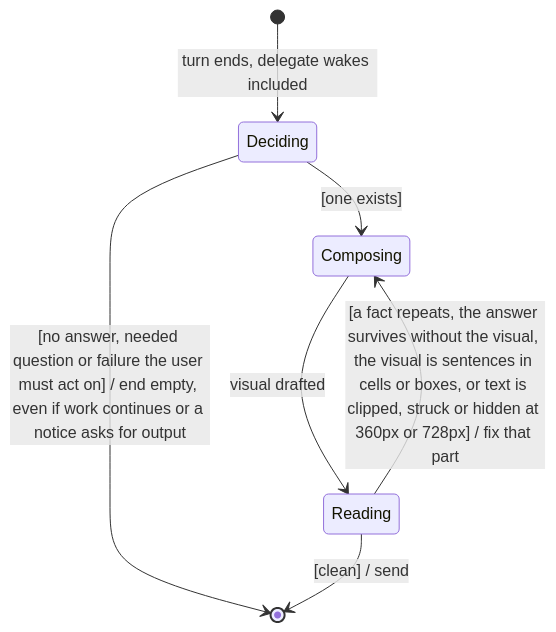
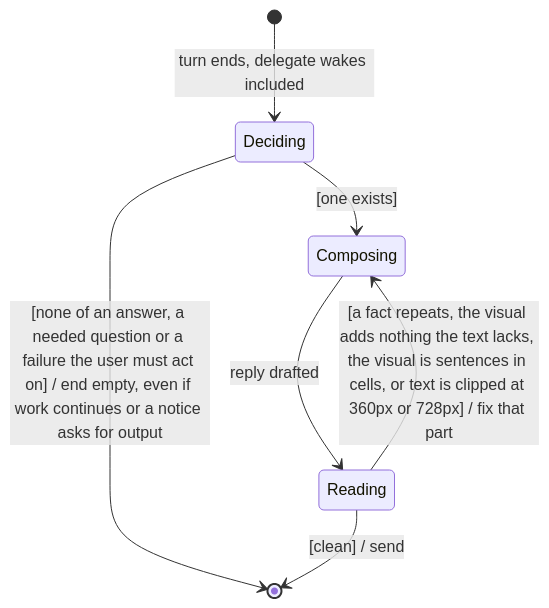
One commit to MP281X/deslop changed the diagram in .claude/agents/pair.md. Above: the diagram before and after it, drawn with Mermaid. The commit also changed other lines of this file and 25 other files, not shown here.

````diff
--- a/.claude/agents/pair.md
+++ b/.claude/agents/pair.md
@@ -33,9 +41,9 @@
 ```mermaid
 stateDiagram-v2
     [*] --> Deciding : turn ends, delegate wakes included
-    Deciding --> [*] : [no answer, needed question or failure the user must act on] / end empty, even if work continues or a notice asks for output
+    Deciding --> [*] : [none of an answer, a needed question or a failure the user must act on] / end empty, even if work continues or a notice asks for output
     Deciding --> Composing : [one exists]
-    Composing --> Reading : visual drafted
-    Reading --> Composing : [a fact repeats, the answer survives without the visual, the visual is sentences in cells or boxes, or text is clipped, struck or hidden at 360px or 728px] / fix that part
+    Composing --> Reading : reply drafted
+    Reading --> Composing : [a fact repeats, the visual adds nothing the text lacks, the visual is sentences in cells, or text is clipped at 360px or 728px] / fix that part
     Reading --> [*] : [clean] / send
 ```
````
